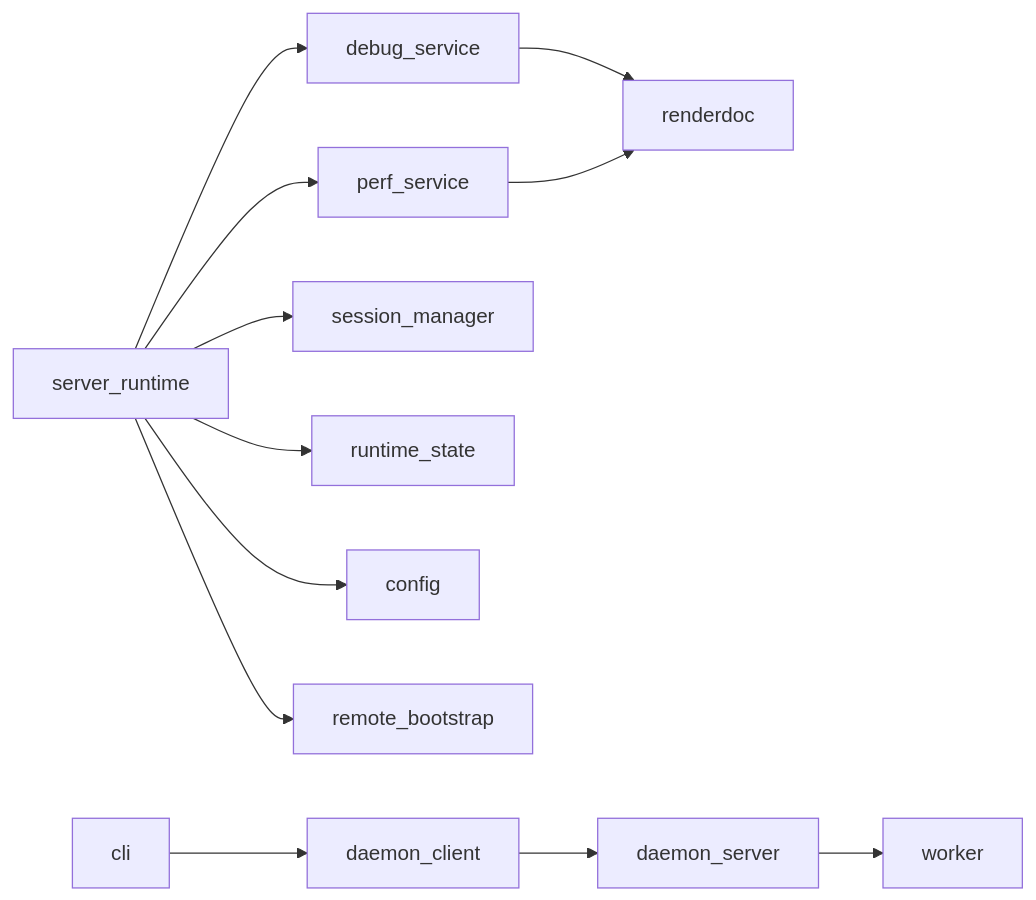
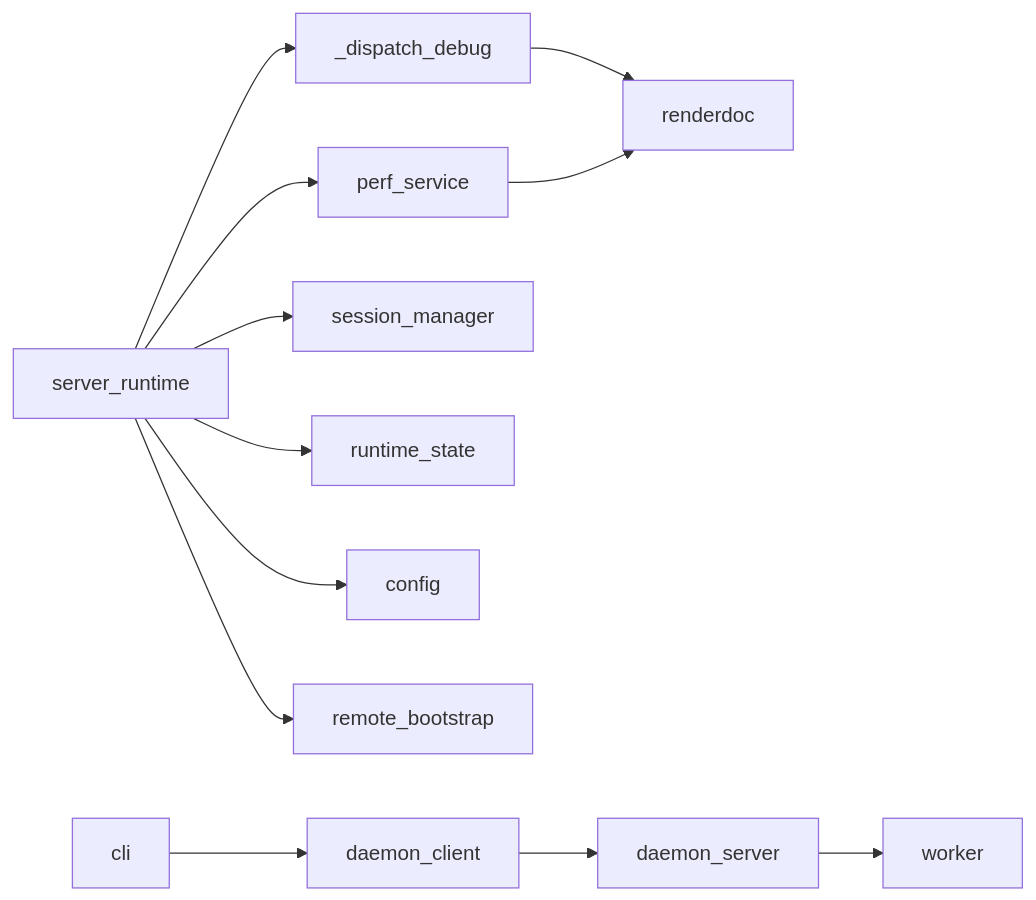
One commit to haolange/RDC-Tool changed the sixth of 6 diagrams in .qoder/repowiki/zh/content/开发指南/调试指南.md. Above: the diagram before and after it, drawn with Mermaid. The commit also changed other lines of this file and 79 other files, not shown here.

````diff
--- a/.qoder/repowiki/zh/content/开发指南/调试指南.md
+++ b/.qoder/repowiki/zh/content/开发指南/调试指南.md
@@ -251,14 +259,14 @@
 ```mermaid
 graph LR
-SR["server_runtime"] --> DS["debug_service"]
+SR["server_runtime"] --> DS["_dispatch_debug"]
 SR --> PS["perf_service"]
 SR --> SM["session_manager"]
 DS --> RD["renderdoc"]
 PS --> RD
 SR --> RS["runtime_state"]
 SR --> CFG["config"]
 CLI["cli"] --> DC["daemon_client"]
 DC --> DN["daemon_server"]
 DN --> WK["worker"]
 SR --> RB["remote_bootstrap"]
 ```
````
